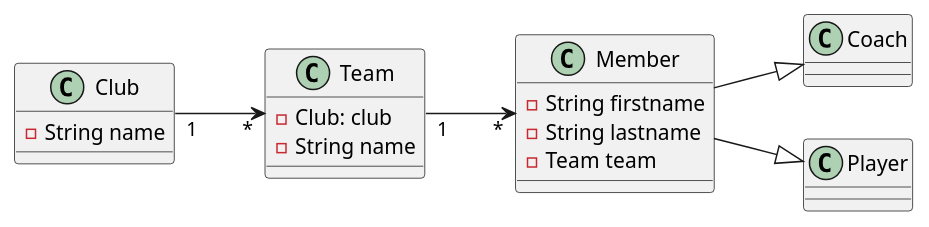
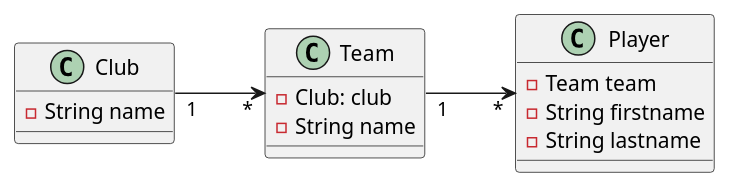
One commit to 2122-4ahif-nvs/01-microproject-philippkerschbaum changed the diagram in asciidocs/plantuml/class.puml. Above: the diagram before and after it, drawn with PlantUML. The commit also changed 7 other files, not shown here.

```diff
--- a/asciidocs/plantuml/class.puml
+++ b/asciidocs/plantuml/class.puml
@@ -1,25 +1,24 @@
 @startuml
 
 left to right direction
 
 class Club{
     -String name
 }
 
 class Team{
     -Club: club
     -String name
 }
 
-class Member{
+class Player{
+    -Team team
     -String firstname
     -String lastname
-    -Team team
 }
 
 Club"1"-->"*"Team
-Team"1"-->"*"Member
-Member --|> Coach
-Member --|> Player
+Team"1"-->"*"Player
+
 
 @enduml
```
